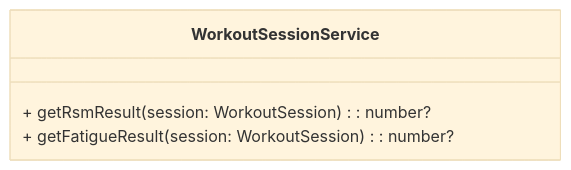
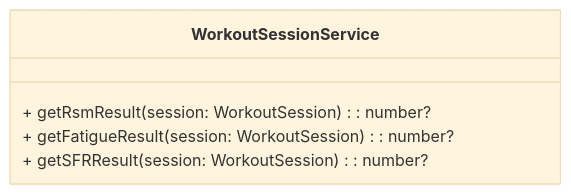
The second of 2 diagrams in packages/core-ts-db-lib/src/documents/dashboard/workouts/workouts.md (aneuhold/ts-libs), drawn with Mermaid (base theme) before and after one commit.

Commit message:
Add new method

````diff
--- a/packages/core-ts-db-lib/src/documents/dashboard/workouts/workouts.md
+++ b/packages/core-ts-db-lib/src/documents/dashboard/workouts/workouts.md
@@ -110,7 +110,8 @@
 ```mermaid
 classDiagram
   class WorkoutSessionService {
     + getRsmResult(session: WorkoutSession): number?
     + getFatigueResult(session: WorkoutSession): number?
+    + getSFRResult(session: WorkoutSession): number?
   }
 ```
````
